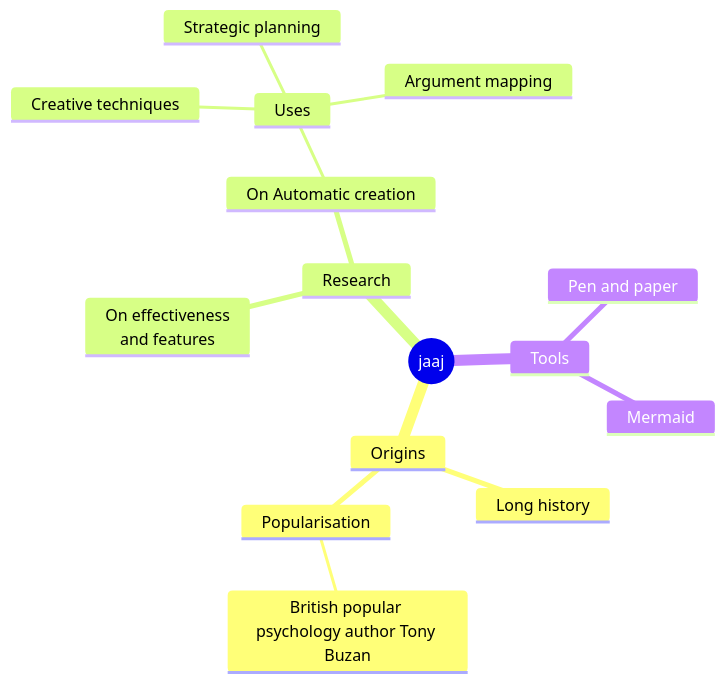
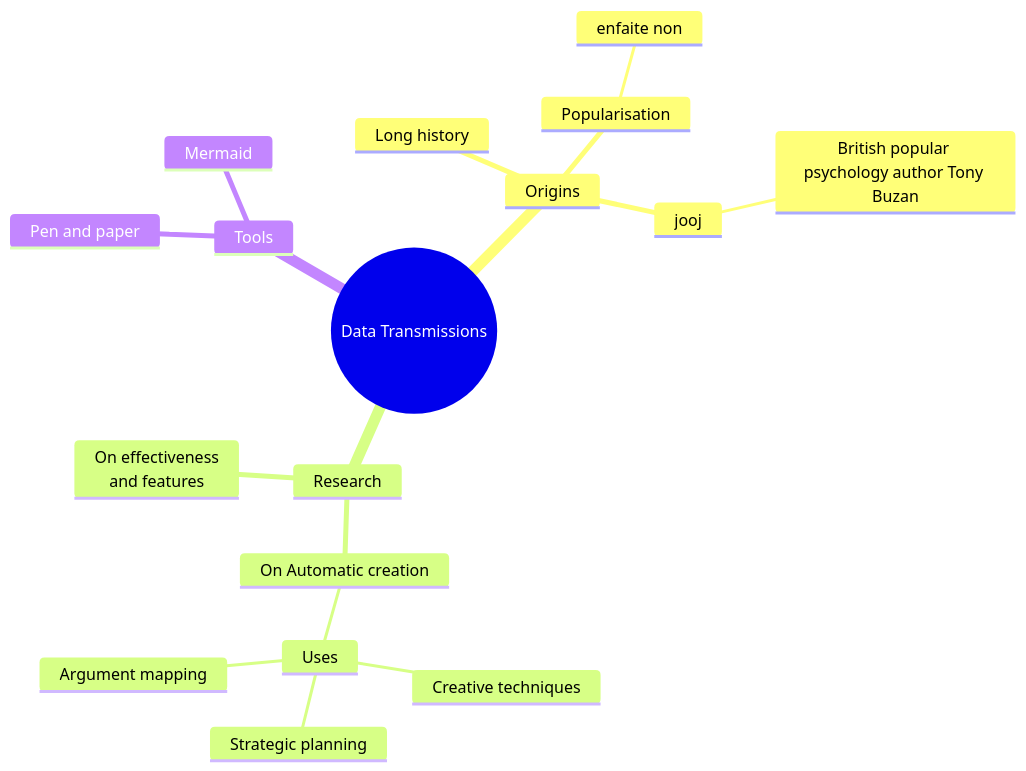
One commit to Marius-PA/ComputerScienceNotes changed the third of 3 diagrams in 2023_Notes/week06-12_november/ascii_and_unicode.md. Above: the diagram before and after it, drawn with Mermaid.

````diff
--- a/2023_Notes/week06-12_november/ascii_and_unicode.md
+++ b/2023_Notes/week06-12_november/ascii_and_unicode.md
@@ -46,19 +46,21 @@
 ```mermaid
 mindmap
-  root((jaaj))
+  root((Data Transmissions))
     Origins
       Long history
       Popularisation
+        enfaite non
+      jooj
         British popular psychology author Tony Buzan
     Research
       On effectiveness<br/>and features
       On Automatic creation
         Uses
             Creative techniques
             Strategic planning
             Argument mapping
     Tools
       Pen and paper
       Mermaid
 
 ```
````
